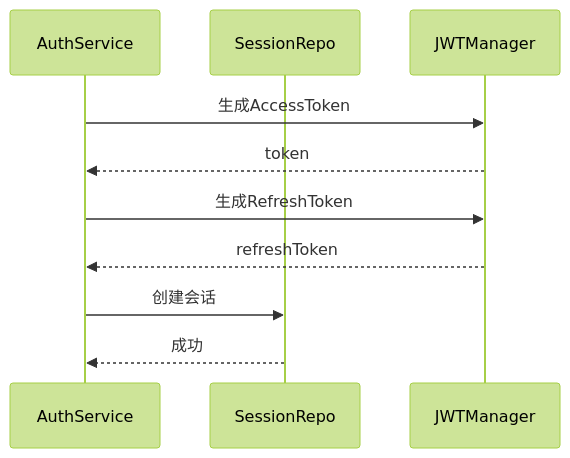
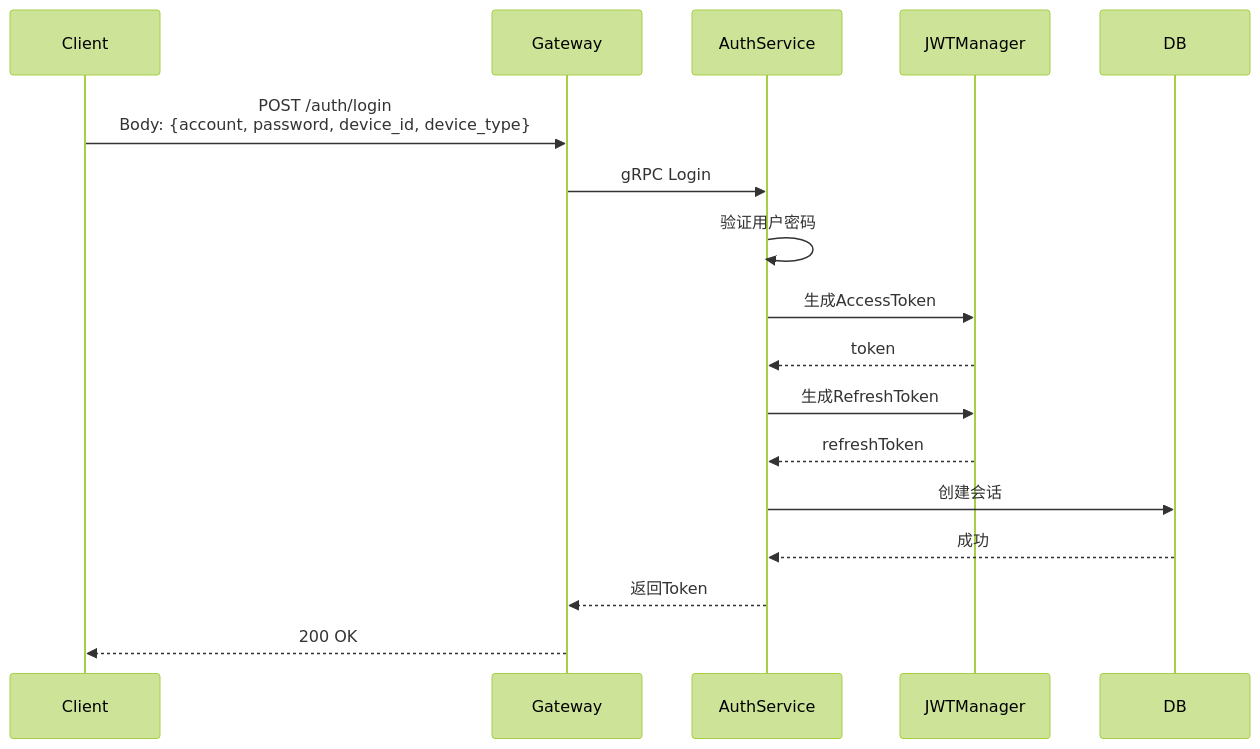
One commit to yzhgit/anychat-server changed the first of 3 diagrams in docs/design/auth/session.md. Above: the diagram before and after it, drawn with Mermaid (forest theme). The commit also changed other lines of this file and 30 other files, not shown here.

First line of the commit message:
docs: 更新设计文档时序图，添加Gateway和NATS参与者

````diff
--- a/docs/design/auth/session.md
+++ b/docs/design/auth/session.md
@@ -34,13 +34,20 @@
 ```mermaid
 sequenceDiagram
+    participant Client
+    participant Gateway
     participant AuthService
-    participant SessionRepo
     participant JWTManager
+    participant DB
 
+    Client->>Gateway: POST /auth/login<br/>Body: {account, password, device_id, device_type}
+    Gateway->>AuthService: gRPC Login
+    AuthService->>AuthService: 验证用户密码
     AuthService->>JWTManager: 生成AccessToken
     JWTManager-->>AuthService: token
     AuthService->>JWTManager: 生成RefreshToken
     JWTManager-->>AuthService: refreshToken
-    AuthService->>SessionRepo: 创建会话
-    SessionRepo-->>AuthService: 成功
+    AuthService->>DB: 创建会话
+    DB-->>AuthService: 成功
+    AuthService-->>Gateway: 返回Token
+    Gateway-->>Client: 200 OK
 ```
````
